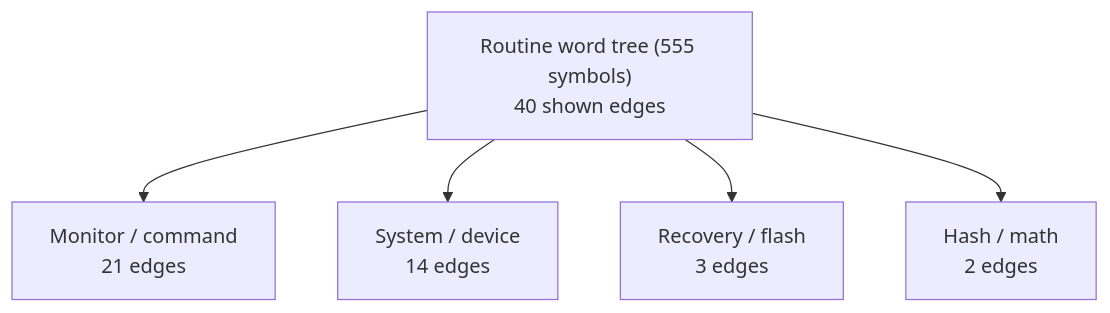
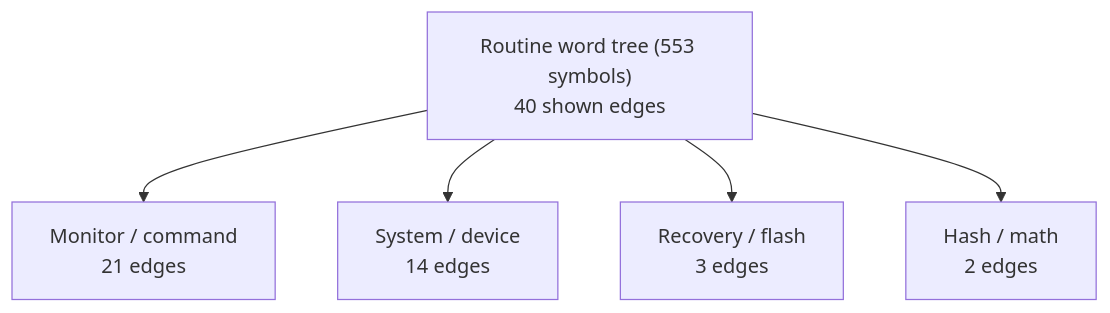
The first of 7 diagrams in DOC/GENERATED/ROUTINE_WORD_TREE.md (95westus/R-YORS), drawn with Mermaid before and after one commit. The commit also changed other lines of this file and 53 other files, not shown here.

````diff
--- a/DOC/GENERATED/ROUTINE_WORD_TREE.md
+++ b/DOC/GENERATED/ROUTINE_WORD_TREE.md
@@ -16,7 +16,7 @@
 ```mermaid
 flowchart TD
-    MAP_ROOT_ROUTINE_WORD_TREE__555_SYMBOLS_["Routine word tree (555 symbols)<br/>40 shown edges"] --> MAP_FAMILY_MONITOR___COMMAND["Monitor / command<br/>21 edges"]
-    MAP_ROOT_ROUTINE_WORD_TREE__555_SYMBOLS_["Routine word tree (555 symbols)<br/>40 shown edges"] --> MAP_FAMILY_SYSTEM___DEVICE["System / device<br/>14 edges"]
-    MAP_ROOT_ROUTINE_WORD_TREE__555_SYMBOLS_["Routine word tree (555 symbols)<br/>40 shown edges"] --> MAP_FAMILY_RECOVERY___FLASH["Recovery / flash<br/>3 edges"]
-    MAP_ROOT_ROUTINE_WORD_TREE__555_SYMBOLS_["Routine word tree (555 symbols)<br/>40 shown edges"] --> MAP_FAMILY_HASH___MATH["Hash / math<br/>2 edges"]
+    MAP_ROOT_ROUTINE_WORD_TREE__553_SYMBOLS_["Routine word tree (553 symbols)<br/>40 shown edges"] --> MAP_FAMILY_MONITOR___COMMAND["Monitor / command<br/>21 edges"]
+    MAP_ROOT_ROUTINE_WORD_TREE__553_SYMBOLS_["Routine word tree (553 symbols)<br/>40 shown edges"] --> MAP_FAMILY_SYSTEM___DEVICE["System / device<br/>14 edges"]
+    MAP_ROOT_ROUTINE_WORD_TREE__553_SYMBOLS_["Routine word tree (553 symbols)<br/>40 shown edges"] --> MAP_FAMILY_RECOVERY___FLASH["Recovery / flash<br/>3 edges"]
+    MAP_ROOT_ROUTINE_WORD_TREE__553_SYMBOLS_["Routine word tree (553 symbols)<br/>40 shown edges"] --> MAP_FAMILY_HASH___MATH["Hash / math<br/>2 edges"]
 ```
````
